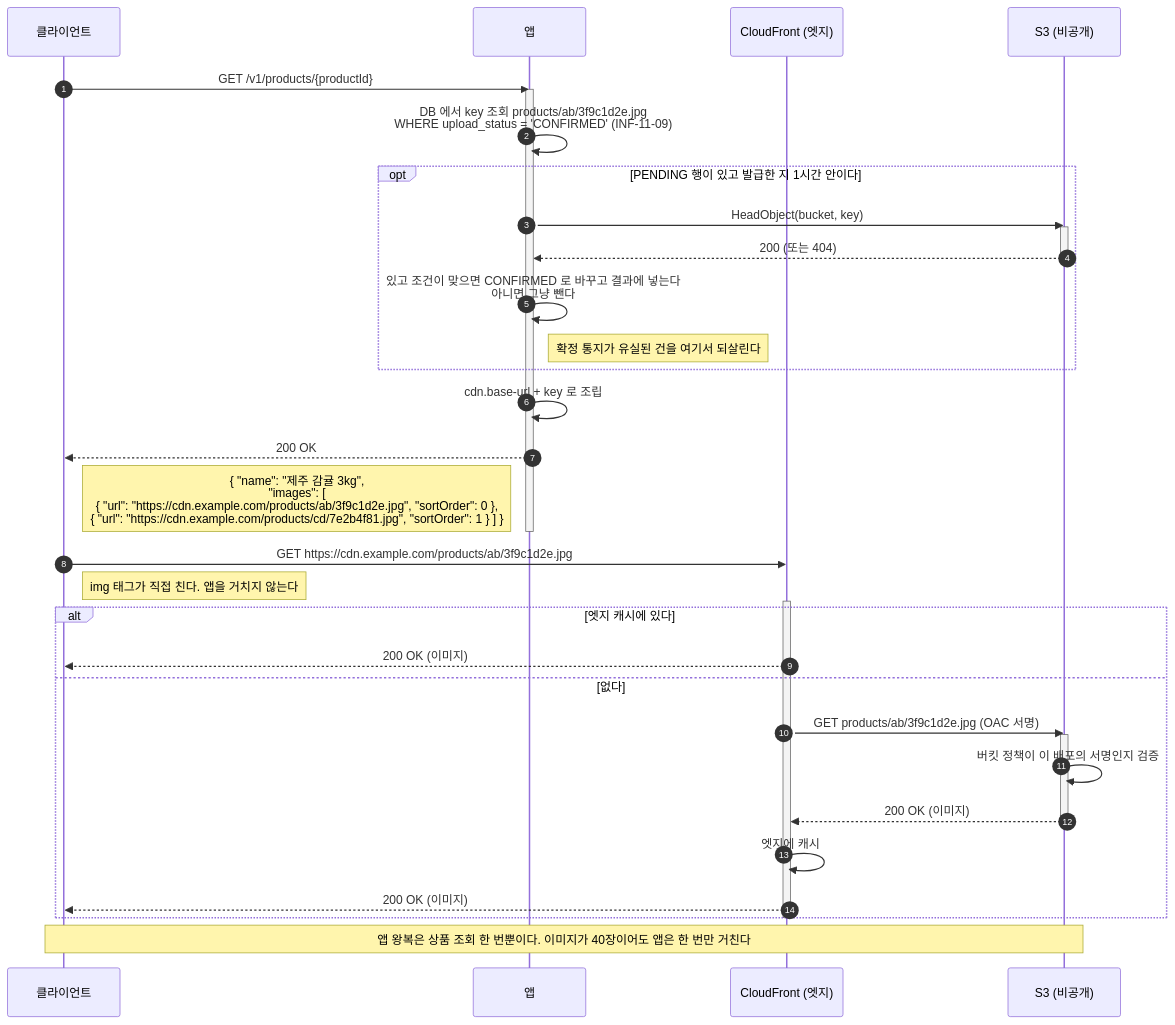
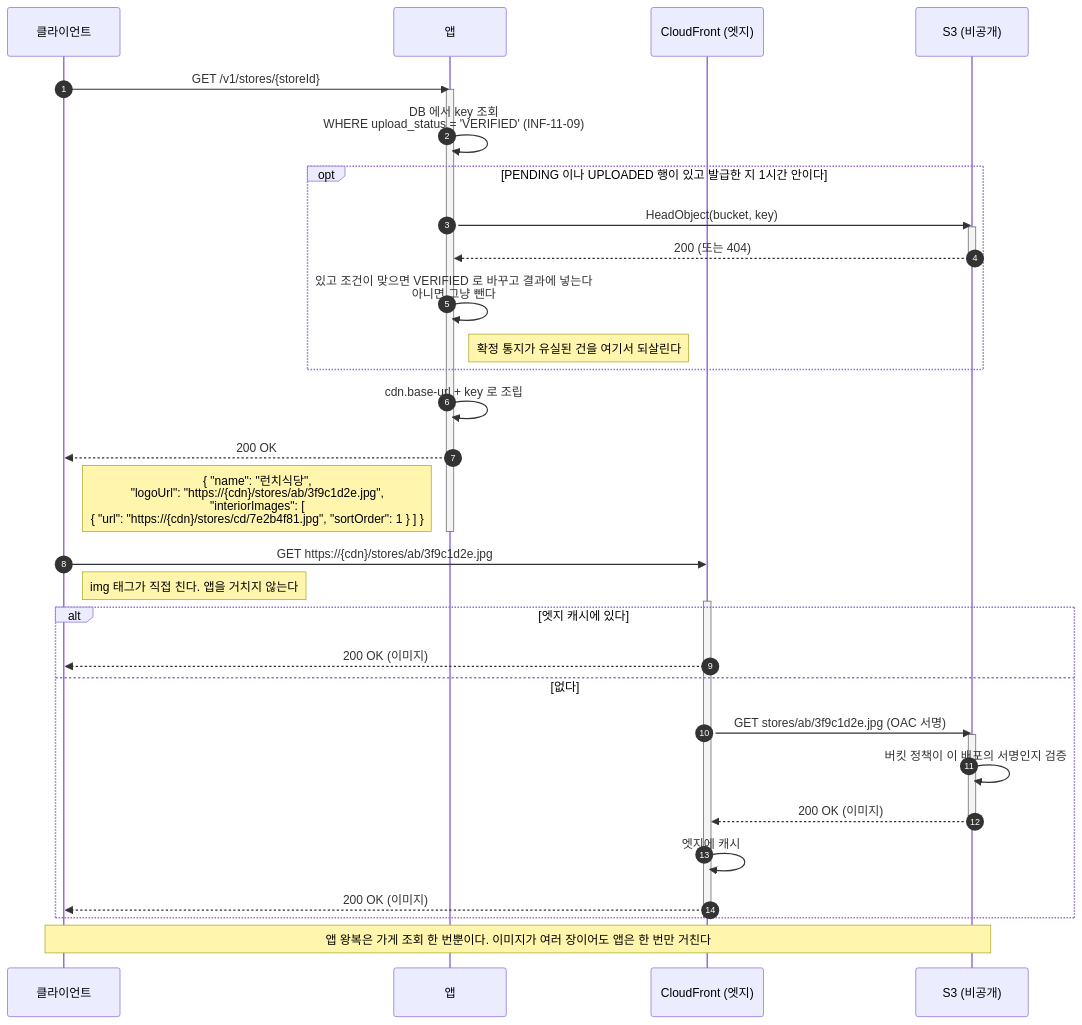
The fifth of 8 diagrams in docs/system-design/백엔드공통_이미지저장소_설계.md (lunch-catch/lc-infra), drawn with Mermaid before and after one commit. The commit also changed other lines of this file, not shown here.

````diff
--- a/docs/system-design/백엔드공통_이미지저장소_설계.md
+++ b/docs/system-design/백엔드공통_이미지저장소_설계.md
@@ -482,44 +476,44 @@
 ```mermaid
 sequenceDiagram
     autonumber
     participant C as 클라이언트
     participant A as 앱
     participant F as CloudFront (엣지)
     participant S as S3 (비공개)
 
-    C->>A: GET /v1/products/{productId}
+    C->>A: GET /v1/stores/{storeId}
     activate A
-    A->>A: DB 에서 key 조회 products/ab/3f9c1d2e.jpg<br/>WHERE upload_status = 'CONFIRMED' (INF-11-09)
+    A->>A: DB 에서 key 조회<br/>WHERE upload_status = 'VERIFIED' (INF-11-09)
 
-    opt PENDING 행이 있고 발급한 지 1시간 안이다
+    opt PENDING 이나 UPLOADED 행이 있고 발급한 지 1시간 안이다
         A->>S: HeadObject(bucket, key)
         activate S
         S-->>A: 200 (또는 404)
         deactivate S
-        A->>A: 있고 조건이 맞으면 CONFIRMED 로 바꾸고 결과에 넣는다<br/>아니면 그냥 뺀다
+        A->>A: 있고 조건이 맞으면 VERIFIED 로 바꾸고 결과에 넣는다<br/>아니면 그냥 뺀다
         Note right of A: 확정 통지가 유실된 건을 여기서 되살린다
     end
 
     A->>A: cdn.base-url + key 로 조립
     A-->>C: 200 OK
-    Note left of A: { "name": "제주 감귤 3kg",<br/>"images": [<br/>{ "url": "https://cdn.example.com/products/ab/3f9c1d2e.jpg", "sortOrder": 0 },<br/>{ "url": "https://cdn.example.com/products/cd/7e2b4f81.jpg", "sortOrder": 1 } ] }
+    Note left of A: { "name": "런치식당",<br/>"logoUrl": "https://{cdn}/stores/ab/3f9c1d2e.jpg",<br/>"interiorImages": [<br/>{ "url": "https://{cdn}/stores/cd/7e2b4f81.jpg", "sortOrder": 1 } ] }
     deactivate A
 
-    C->>F: GET https://cdn.example.com/products/ab/3f9c1d2e.jpg
+    C->>F: GET https://{cdn}/stores/ab/3f9c1d2e.jpg
     Note right of C: img 태그가 직접 친다. 앱을 거치지 않는다
     activate F
     alt 엣지 캐시에 있다
         F-->>C: 200 OK (이미지)
     else 없다
-        F->>S: GET products/ab/3f9c1d2e.jpg (OAC 서명)
+        F->>S: GET stores/ab/3f9c1d2e.jpg (OAC 서명)
         activate S
         S->>S: 버킷 정책이 이 배포의 서명인지 검증
         S-->>F: 200 OK (이미지)
         deactivate S
         F->>F: 엣지에 캐시
         F-->>C: 200 OK (이미지)
     end
     deactivate F
 
-    Note over C,S: 앱 왕복은 상품 조회 한 번뿐이다. 이미지가 40장이어도 앱은 한 번만 거친다
+    Note over C,S: 앱 왕복은 가게 조회 한 번뿐이다. 이미지가 여러 장이어도 앱은 한 번만 거친다
 ```
````
